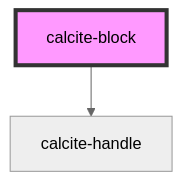
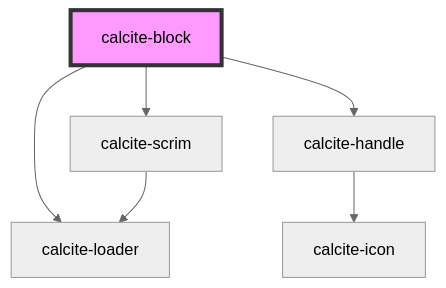
Before and after one commit to Esri/calcite-design-system: the diagram in src/components/calcite-block/readme.md, drawn with Mermaid (neutral theme). The commit also changed other lines of this file and 27 other files, not shown here.

````diff
--- a/src/components/calcite-block/readme.md
+++ b/src/components/calcite-block/readme.md
@@ -98,5 +100,9 @@
 ```mermaid
 graph TD;
+  calcite-block --> calcite-scrim
   calcite-block --> calcite-handle
+  calcite-block --> calcite-loader
+  calcite-scrim --> calcite-loader
+  calcite-handle --> calcite-icon
   style calcite-block fill:#f9f,stroke:#333,stroke-width:4px
 ```
````
